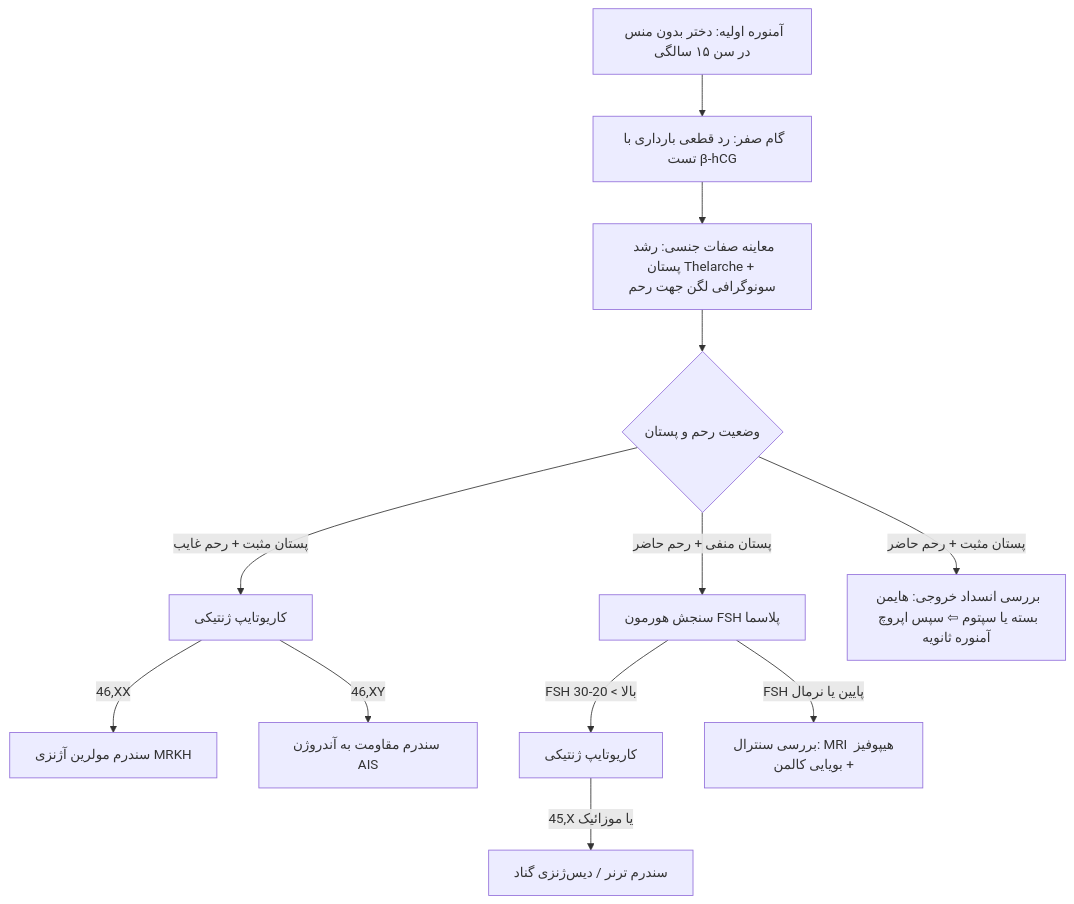
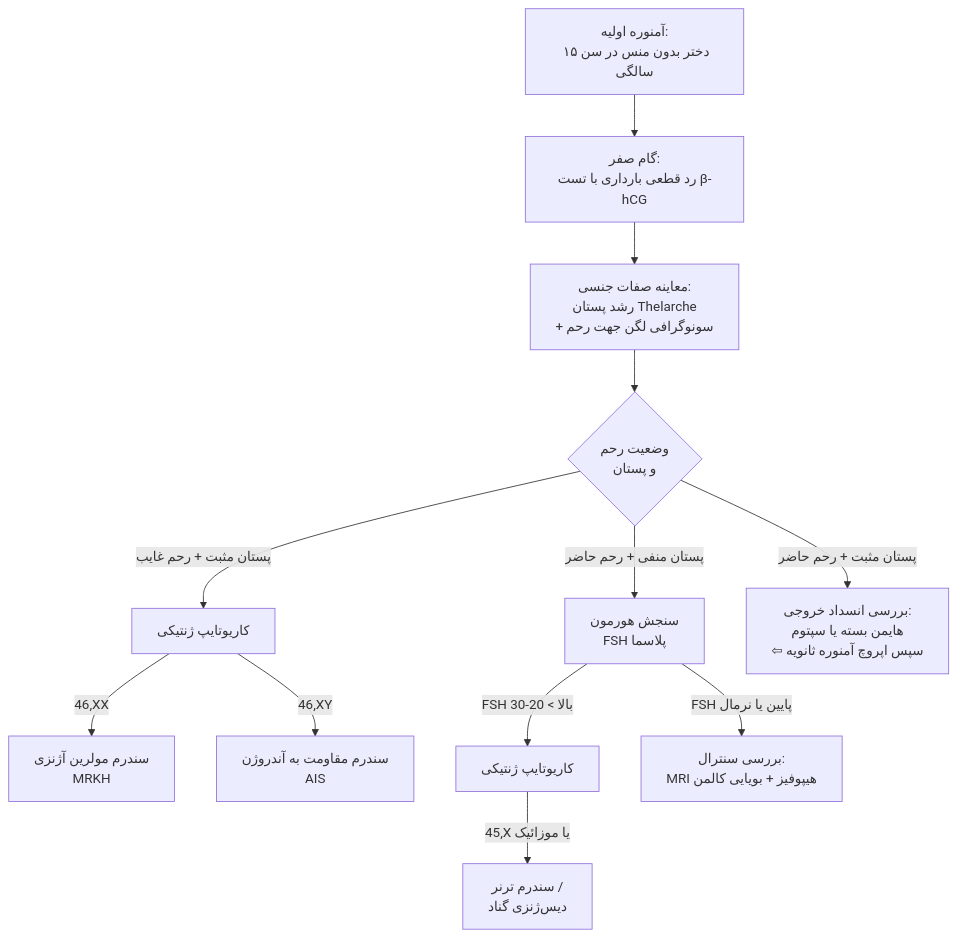
One commit to neopulse-hub/TUMS-1402-1-neo changed the ninth of 10 diagrams in 07/مبانی غدد/آمنوره و هیرسوتیسم.md. Above: the diagram before and after it, drawn with Mermaid. The commit also changed other lines of this file, not shown here.

Commit message:
Update آمنوره و هیرسوتیسم.md

````diff
--- a/07/مبانی غدد/آمنوره و هیرسوتیسم.md
+++ b/07/مبانی غدد/آمنوره و هیرسوتیسم.md
@@ -285,19 +298,19 @@
 ```mermaid
 flowchart TD
-    PrimA[آمنوره اولیه: دختر بدون منس در سن ۱۵ سالگی] --> Step0[گام صفر: رد قطعی بارداری با تست β-hCG]
-    
-    Step0 --> PE_US[معاینه صفات جنسی: رشد پستان Thelarche + سونوگرافی لگن جهت رحم]
-    
-    PE_US --> State1{وضعیت رحم و پستان}
-    
-    State1 -->|پستان مثبت + رحم غایب| Kar1[کاریوتایپ ژنتیکی]
-    Kar1 -->|46,XX| MRKH_Diag[سندرم مولرین آژنزی MRKH]
-    Kar1 -->|46,XY| AIS_Diag[سندرم مقاومت به آندروژن AIS]
-    
-    State1 -->|پستان منفی + رحم حاضر| CheckFSH[سنجش هورمون FSH پلاسما]
-    CheckFSH -->|FSH بالا > 20-30| Kar2[کاریوتایپ ژنتیکی]
-    Kar2 -->|45,X یا موزائیک| Turner[سندرم ترنر / دیس‌ژنزی گناد]
-    CheckFSH -->|FSH پایین یا نرمال| CentralEval[بررسی سنترال: MRI هیپوفیز + بویایی کالمن]
-    
-    State1 -->|پستان مثبت + رحم حاضر| Outflow[بررسی انسداد خروجی: هایمن بسته یا سپتوم ⇦ سپس اپروچ آمنوره ثانویه]
+
+PrimA[آمنوره اولیه:<br>دختر بدون منس در سن ۱۵ سالگی] --> Step0[گام صفر:<br>رد قطعی بارداری با تست β-hCG]
+Step0 --> PE_US[معاینه صفات جنسی:<br>رشد پستان Thelarche<br>+ سونوگرافی لگن جهت رحم]
+
+PE_US --> State1{وضعیت رحم<br>و پستان}
+
+State1 -->|پستان مثبت + رحم غایب| Kar1[کاریوتایپ ژنتیکی]
+Kar1 -->|46,XX| MRKH_Diag[سندرم مولرین آژنزی<br>MRKH]
+Kar1 -->|46,XY| AIS_Diag[سندرم مقاومت به آندروژن<br>AIS]
+
+State1 -->|پستان منفی + رحم حاضر| CheckFSH[سنجش هورمون<br>FSH پلاسما]
+CheckFSH -->|FSH بالا > 20-30| Kar2[کاریوتایپ ژنتیکی]
+Kar2 -->|45,X یا موزائیک| Turner[سندرم ترنر /<br>دیس‌ژنزی گناد]
+CheckFSH -->|FSH پایین یا نرمال| CentralEval[بررسی سنترال:<br>MRI هیپوفیز + بویایی کالمن]
+
+State1 -->|پستان مثبت + رحم حاضر| Outflow[بررسی انسداد خروجی:<br>هایمن بسته یا سپتوم<br>⇦ سپس اپروچ آمنوره ثانویه]
 ```
````
